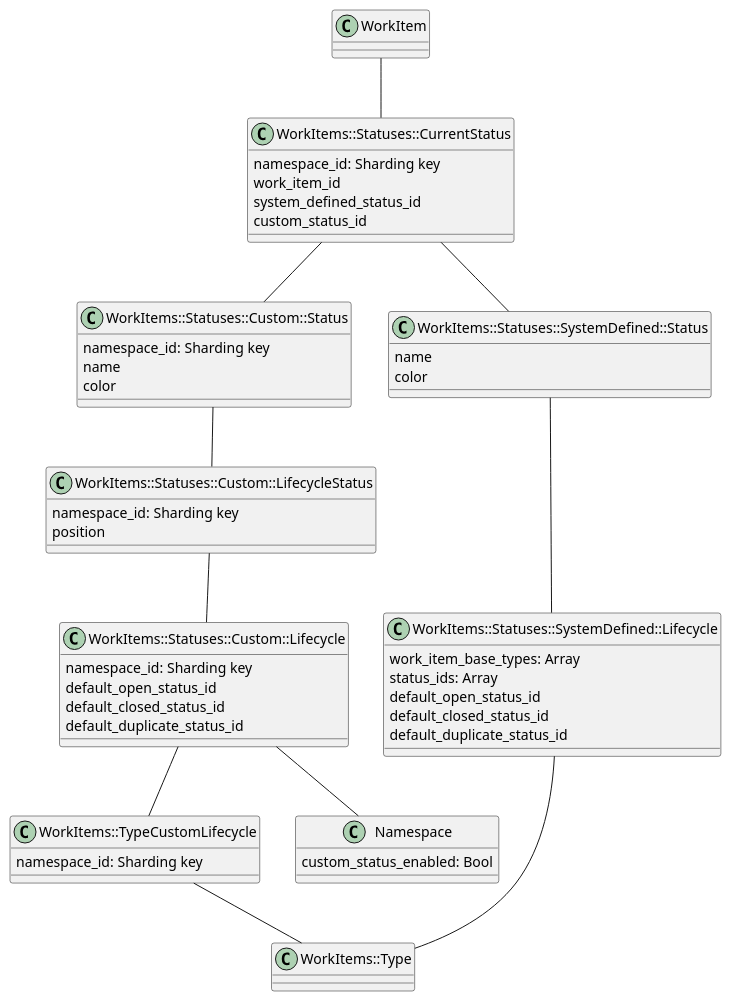
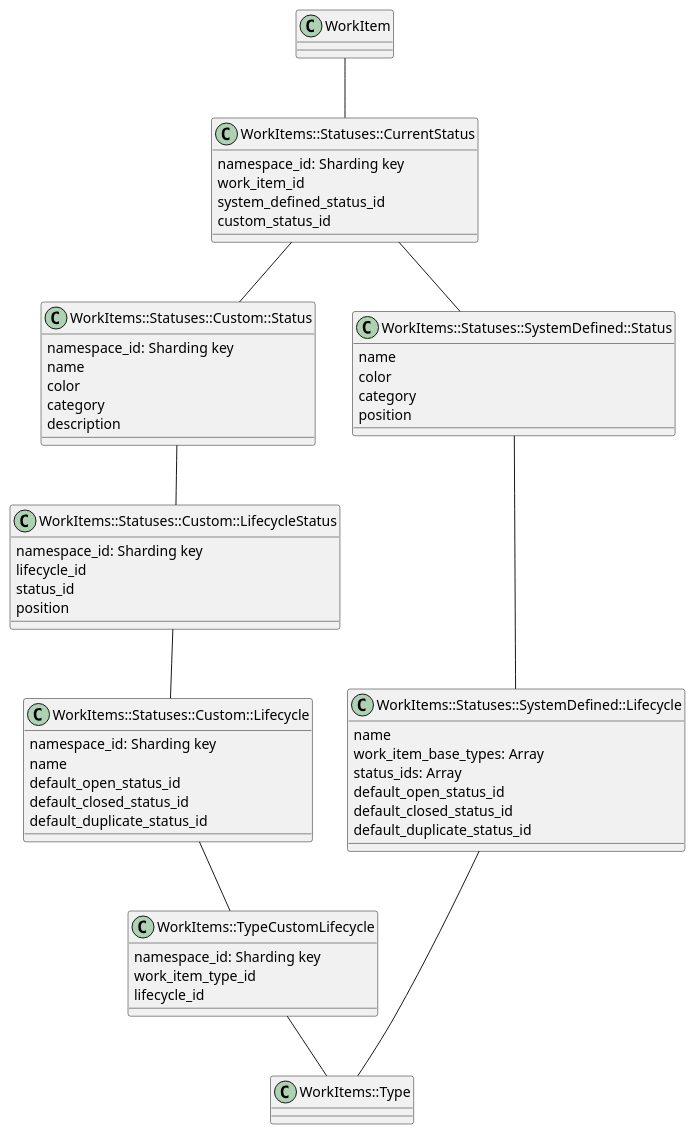
One commit to zalyoung/gitlab-handbook changed the diagram in content/handbook/engineering/architecture/design-documents/work_items_custom_status/_index.md. Above: the diagram before and after it, drawn with PlantUML.

Commit message:
Update overview of the status classes

````diff
--- a/content/handbook/engineering/architecture/design-documents/work_items_custom_status/_index.md
+++ b/content/handbook/engineering/architecture/design-documents/work_items_custom_status/_index.md
@@ -255,59 +255,65 @@
 ```plantuml
 @startuml
 class WorkItem
 class WorkItems::Statuses::CurrentStatus {
   namespace_id: Sharding key
   work_item_id
   system_defined_status_id
   custom_status_id
 }
 class WorkItems::Statuses::Custom::Status {
   namespace_id: Sharding key
   name
   color
+  category
+  description
 }
 class WorkItems::Statuses::Custom::Lifecycle {
   namespace_id: Sharding key
+  name
   default_open_status_id
   default_closed_status_id
   default_duplicate_status_id
 }
 class WorkItems::Statuses::Custom::LifecycleStatus {
   namespace_id: Sharding key
+  lifecycle_id
+  status_id
   position
 }
 class WorkItems::Statuses::SystemDefined::Status {
   name
   color
+  category
+  position
 }
 class WorkItems::Statuses::SystemDefined::Lifecycle {
+  name
   work_item_base_types: Array
   status_ids: Array
   default_open_status_id
   default_closed_status_id
   default_duplicate_status_id
 }
 class WorkItems::Type
 class WorkItems::TypeCustomLifecycle {
   namespace_id: Sharding key
-}
-class Namespace {
-  custom_status_enabled: Bool
+  work_item_type_id
+  lifecycle_id
 }
 
 WorkItem -- WorkItems::Statuses::CurrentStatus
 
 WorkItems::Statuses::CurrentStatus -- WorkItems::Statuses::Custom::Status
 WorkItems::Statuses::CurrentStatus -- WorkItems::Statuses::SystemDefined::Status
 
 WorkItems::Statuses::Custom::Status -- WorkItems::Statuses::Custom::LifecycleStatus
 WorkItems::Statuses::Custom::LifecycleStatus -- WorkItems::Statuses::Custom::Lifecycle
 WorkItems::Statuses::Custom::Lifecycle -- WorkItems::TypeCustomLifecycle
 WorkItems::TypeCustomLifecycle -- WorkItems::Type
-WorkItems::Statuses::Custom::Lifecycle -- Namespace
 
 WorkItems::Statuses::SystemDefined::Status -- WorkItems::Statuses::SystemDefined::Lifecycle
 WorkItems::Statuses::SystemDefined::Lifecycle -- WorkItems::Type
 
 @enduml
 ```
````
